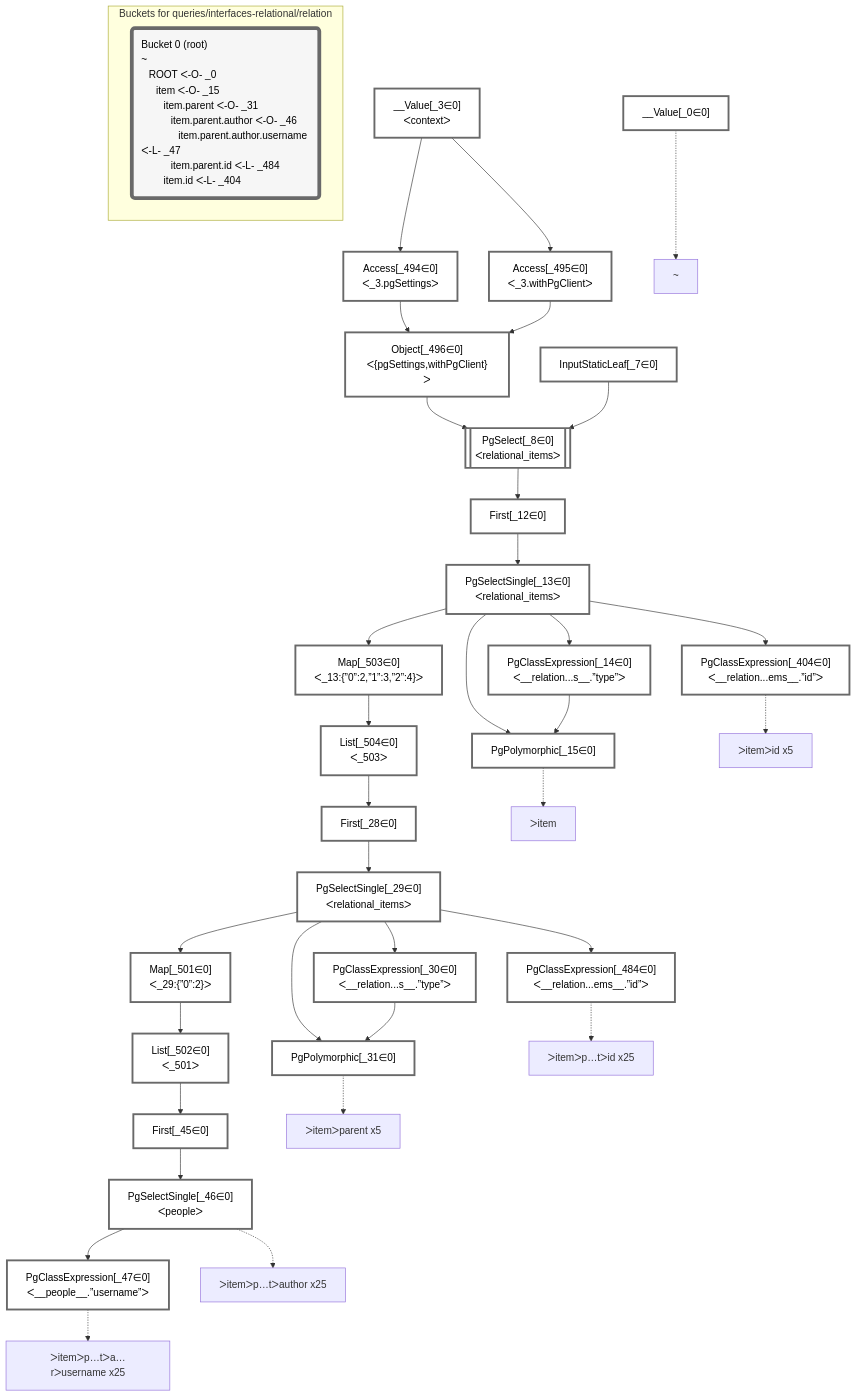
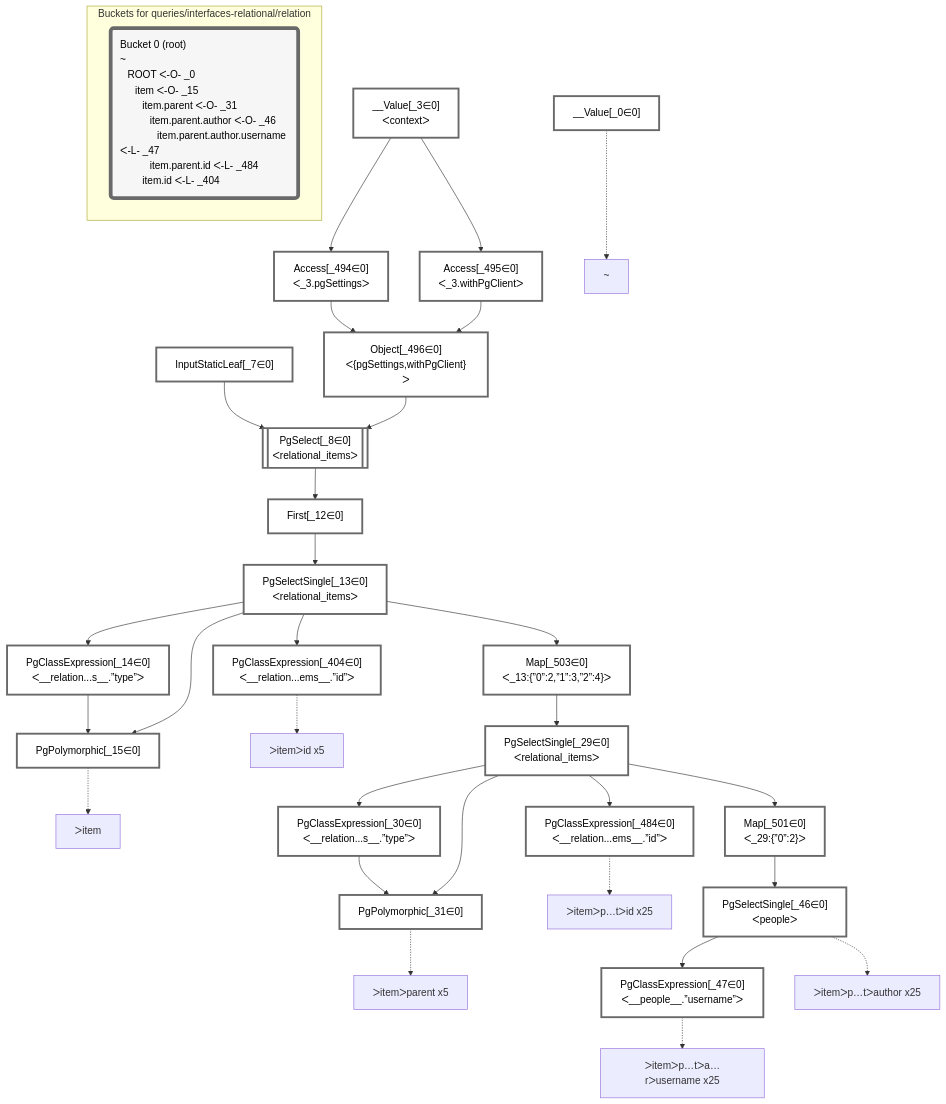
One commit to graphile/crystal changed the diagram in packages/dataplan-pg/__tests__/queries/interfaces-relational/relation.mermaid.md. Above: the diagram before and after it, drawn with Mermaid. The commit also changed 67 other files, not shown here.

```diff
--- a/packages/dataplan-pg/__tests__/queries/interfaces-relational/relation.mermaid.md
+++ b/packages/dataplan-pg/__tests__/queries/interfaces-relational/relation.mermaid.md
@@ -16,11 +16,9 @@
     PgSelectSingle_13["PgSelectSingle[_13∈0]<br />ᐸrelational_itemsᐳ"]:::plan
     PgClassExpression_14["PgClassExpression[_14∈0]<br />ᐸ__relation...s__.”type”ᐳ"]:::plan
     PgPolymorphic_15["PgPolymorphic[_15∈0]"]:::plan
-    First_28["First[_28∈0]"]:::plan
     PgSelectSingle_29["PgSelectSingle[_29∈0]<br />ᐸrelational_itemsᐳ"]:::plan
     PgClassExpression_30["PgClassExpression[_30∈0]<br />ᐸ__relation...s__.”type”ᐳ"]:::plan
     PgPolymorphic_31["PgPolymorphic[_31∈0]"]:::plan
-    First_45["First[_45∈0]"]:::plan
     PgSelectSingle_46["PgSelectSingle[_46∈0]<br />ᐸpeopleᐳ"]:::plan
     PgClassExpression_47["PgClassExpression[_47∈0]<br />ᐸ__people__.”username”ᐳ"]:::plan
     PgClassExpression_404["PgClassExpression[_404∈0]<br />ᐸ__relation...ems__.”id”ᐳ"]:::plan
@@ -29,9 +27,7 @@
     Access_495["Access[_495∈0]<br />ᐸ_3.withPgClientᐳ"]:::plan
     Object_496["Object[_496∈0]<br />ᐸ{pgSettings,withPgClient}ᐳ"]:::plan
     Map_501["Map[_501∈0]<br />ᐸ_29:{”0”:2}ᐳ"]:::plan
-    List_502["List[_502∈0]<br />ᐸ_501ᐳ"]:::plan
     Map_503["Map[_503∈0]<br />ᐸ_13:{”0”:2,”1”:3,”2”:4}ᐳ"]:::plan
-    List_504["List[_504∈0]<br />ᐸ_503ᐳ"]:::plan
 
     %% plan dependencies
     Object_496 --> PgSelect_8
@@ -41,13 +37,11 @@
     PgSelectSingle_13 --> PgClassExpression_14
     PgSelectSingle_13 --> PgPolymorphic_15
     PgClassExpression_14 --> PgPolymorphic_15
-    List_504 --> First_28
-    First_28 --> PgSelectSingle_29
+    Map_503 --> PgSelectSingle_29
     PgSelectSingle_29 --> PgClassExpression_30
     PgSelectSingle_29 --> PgPolymorphic_31
     PgClassExpression_30 --> PgPolymorphic_31
-    List_502 --> First_45
-    First_45 --> PgSelectSingle_46
+    Map_501 --> PgSelectSingle_46
     PgSelectSingle_46 --> PgClassExpression_47
     PgSelectSingle_13 --> PgClassExpression_404
     PgSelectSingle_29 --> PgClassExpression_484
@@ -56,9 +50,7 @@
     Access_494 --> Object_496
     Access_495 --> Object_496
     PgSelectSingle_29 --> Map_501
-    Map_501 --> List_502
     PgSelectSingle_13 --> Map_503
-    Map_503 --> List_504
 
     %% plan-to-path relationships
     P_0["~"]
@@ -78,7 +70,7 @@
 
     %% allocate buckets
     classDef bucket0 stroke:#696969
-    class __Value_0,__Value_3,InputStaticLeaf_7,PgSelect_8,First_12,PgSelectSingle_13,PgClassExpression_14,PgPolymorphic_15,First_28,PgSelectSingle_29,PgClassExpression_30,PgPolymorphic_31,First_45,PgSelectSingle_46,PgClassExpression_47,PgClassExpression_404,PgClassExpression_484,Access_494,Access_495,Object_496,Map_501,List_502,Map_503,List_504 bucket0
+    class __Value_0,__Value_3,InputStaticLeaf_7,PgSelect_8,First_12,PgSelectSingle_13,PgClassExpression_14,PgPolymorphic_15,PgSelectSingle_29,PgClassExpression_30,PgPolymorphic_31,PgSelectSingle_46,PgClassExpression_47,PgClassExpression_404,PgClassExpression_484,Access_494,Access_495,Object_496,Map_501,Map_503 bucket0
 
     subgraph "Buckets for queries/interfaces-relational/relation"
     Bucket0("Bucket 0 (root)<br />~<br />⠀ROOT ᐸ-O- _0<br />⠀⠀item ᐸ-O- _15<br />⠀⠀⠀item.parent ᐸ-O- _31<br />⠀⠀⠀⠀item.parent.author ᐸ-O- _46<br />⠀⠀⠀⠀⠀item.parent.author.username ᐸ-L- _47<br />⠀⠀⠀⠀item.parent.id ᐸ-L- _484<br />⠀⠀⠀item.id ᐸ-L- _404"):::bucket
```
